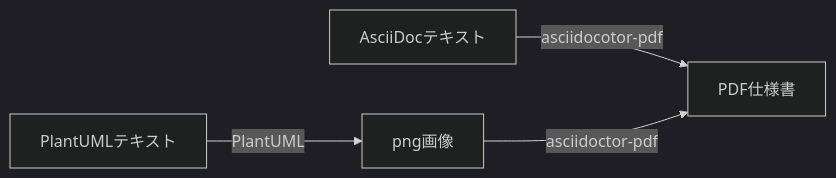
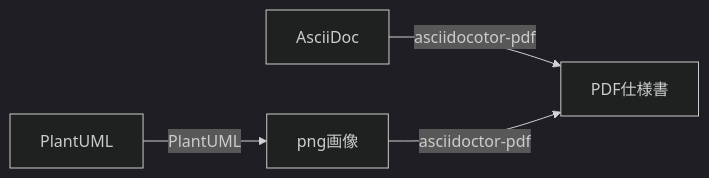
Before and after one commit to KFuji2022/asciidoc_test: the second of 2 diagrams in 090_sandbox/authoring/README.adoc, drawn with Mermaid (dark theme).

```diff
--- a/090_sandbox/authoring/README.adoc
+++ b/090_sandbox/authoring/README.adoc
@@ -103,7 +103,7 @@
 [mermaid, "test2", format=png]
 ....
 graph LR;
-    AsciiDocテキスト -- asciidocotor-pdf --> PDF仕様書;
-    PlantUMLテキスト -- PlantUML --> png画像;
+    AsciiDoc -- asciidocotor-pdf --> PDF仕様書;
+    PlantUML -- PlantUML --> png画像;
     png画像 -- asciidoctor-pdf --> PDF仕様書;
 ....
```
